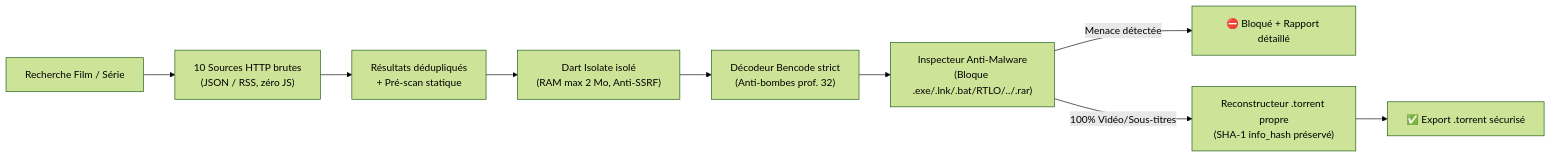
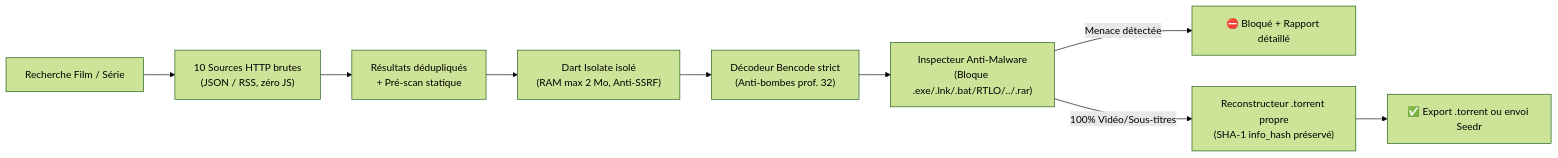
The diagram in README.md (furcy75/Torrent-Finder), drawn with Mermaid (forest theme) before and after one commit. The commit also changed other lines of this file and 23 other files, not shown here.

Commit message:
Release v2.0.0: Rename to Torrent Seeder, general Seedr multi-accounts, active download indicator, discreet completion popup, GitHub Sponsors donate icon, multilingual READMEs

````diff
--- a/README.md
+++ b/README.md
@@ -77,11 +81,11 @@
 ```mermaid
 flowchart LR
     U["Recherche Film / Série"] --> I["10 Sources HTTP brutes<br/>(JSON / RSS, zéro JS)"]
     I --> R["Résultats dédupliqués<br/>+ Pré-scan statique"]
     R --> W["Dart Isolate isolé<br/>(RAM max 2 Mo, Anti-SSRF)"]
     W --> B["Décodeur Bencode strict<br/>(Anti-bombes prof. 32)"]
     B --> S["Inspecteur Anti-Malware<br/>(Bloque .exe/.lnk/.bat/RTLO/../.rar)"]
     S -->|Menace détectée| X["⛔ Bloqué + Rapport détaillé"]
     S -->|100% Vidéo/Sous-titres| C["Reconstructeur .torrent propre<br/>(SHA-1 info_hash préservé)"]
-    C --> D["✅ Export .torrent sécurisé"]
+    C --> D["✅ Export .torrent ou envoi Seedr"]
 ```
````
